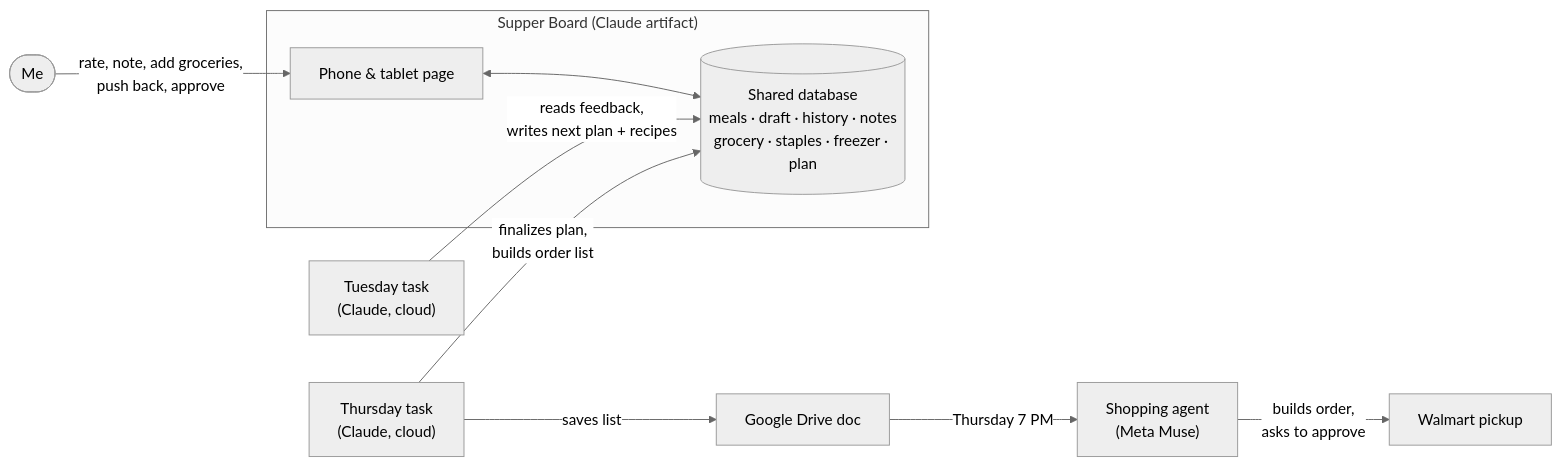
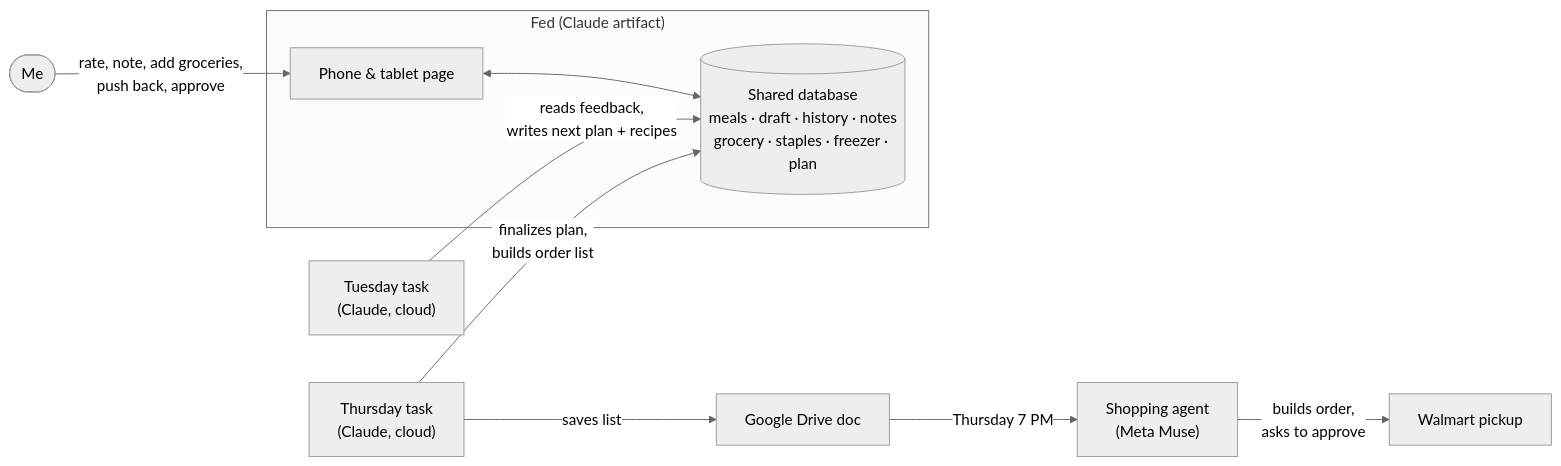
Before and after one commit to bryandentel/Supper-Board: the diagram in README.md, drawn with Mermaid (neutral theme). The commit also changed other lines of this file and 14 other files, not shown here.

````diff
--- a/README.md
+++ b/README.md
@@ -38,14 +40,14 @@
 ```mermaid
 flowchart LR
-  subgraph Board["Supper Board (Claude artifact)"]
+  subgraph Board["Fed (Claude artifact)"]
     UI["Phone & tablet page"]
     DB[("Shared database<br/>meals · draft · history · notes<br/>grocery · staples · freezer · plan")]
     UI <--> DB
   end
   You(["Me"]) -->|"rate, note, add groceries,<br/>push back, approve"| UI
   T1["Tuesday task<br/>(Claude, cloud)"] -->|"reads feedback,<br/>writes next plan + recipes"| DB
   T2["Thursday task<br/>(Claude, cloud)"] -->|"finalizes plan,<br/>builds order list"| DB
   T2 -->|"saves list"| GD["Google Drive doc"]
   GD -->|"Thursday 7 PM"| Agent["Shopping agent<br/>(Meta Muse)"]
   Agent -->|"builds order,<br/>asks to approve"| Store["Walmart pickup"]
 ```
````
